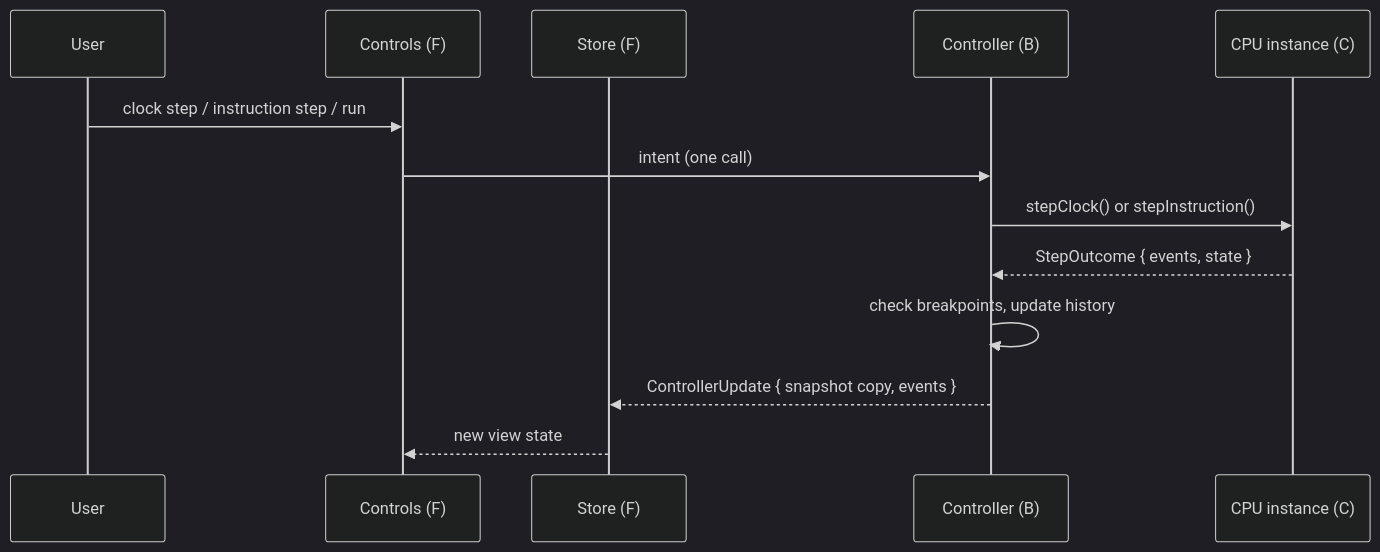
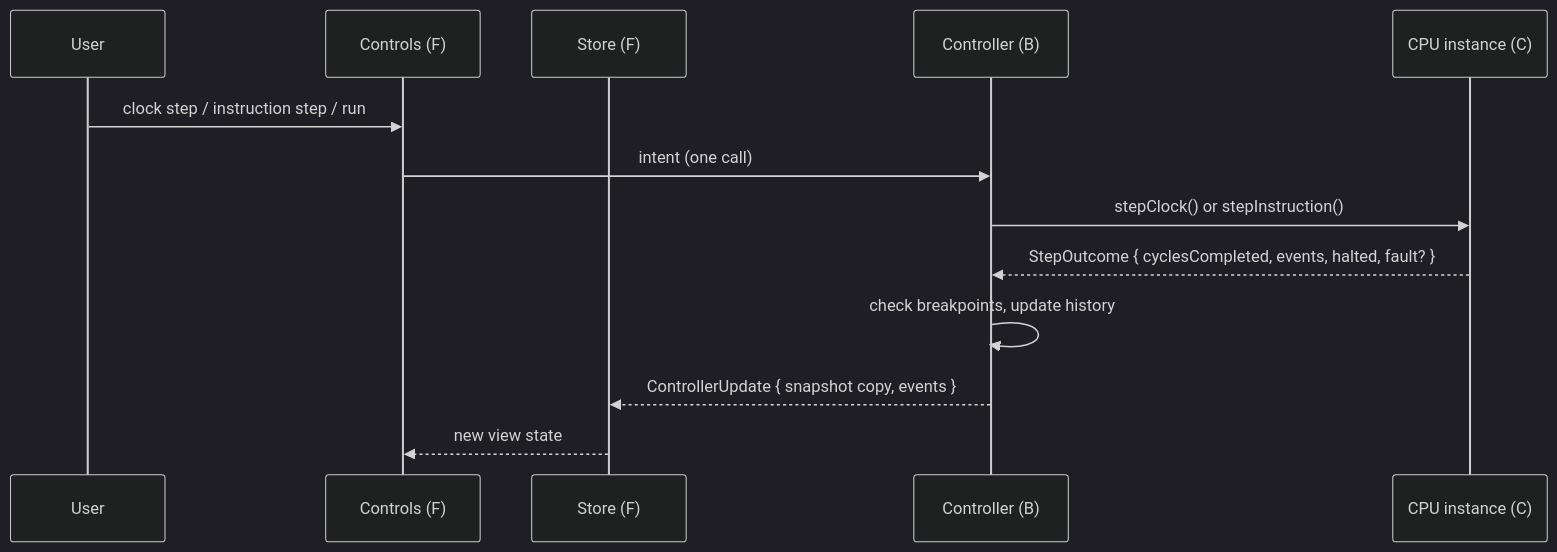
One commit to Browniesauce/BITSHIFT-CPU-Simulator changed the fourth of 6 diagrams in docs/architecture/SYSTEM_ARCHITECTURE.md. Above: the diagram before and after it, drawn with Mermaid (dark theme). The commit also changed other lines of this file and 15 other files, not shown here.

````diff
--- a/docs/architecture/SYSTEM_ARCHITECTURE.md
+++ b/docs/architecture/SYSTEM_ARCHITECTURE.md
@@ -172,15 +172,15 @@
 ```mermaid
 sequenceDiagram
   participant U as User
   participant F as Controls (F)
   participant S as Store (F)
   participant C as Controller (B)
   participant I as CPU instance (C)
   U->>F: clock step / instruction step / run
   F->>C: intent (one call)
   C->>I: stepClock() or stepInstruction()
-  I-->>C: StepOutcome { events, state }
+  I-->>C: StepOutcome { cyclesCompleted, events, halted, fault? }
   C->>C: check breakpoints, update history
   C-->>S: ControllerUpdate { snapshot copy, events }
   S-->>F: new view state
 ```
````
